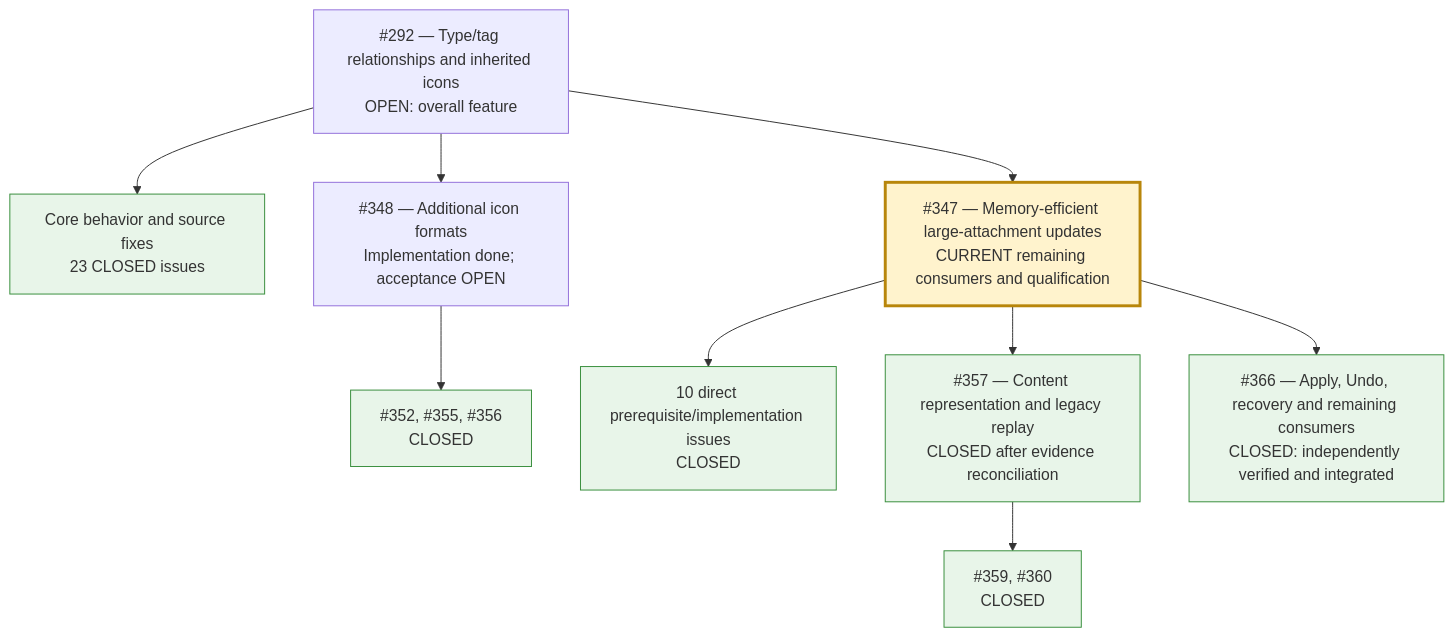
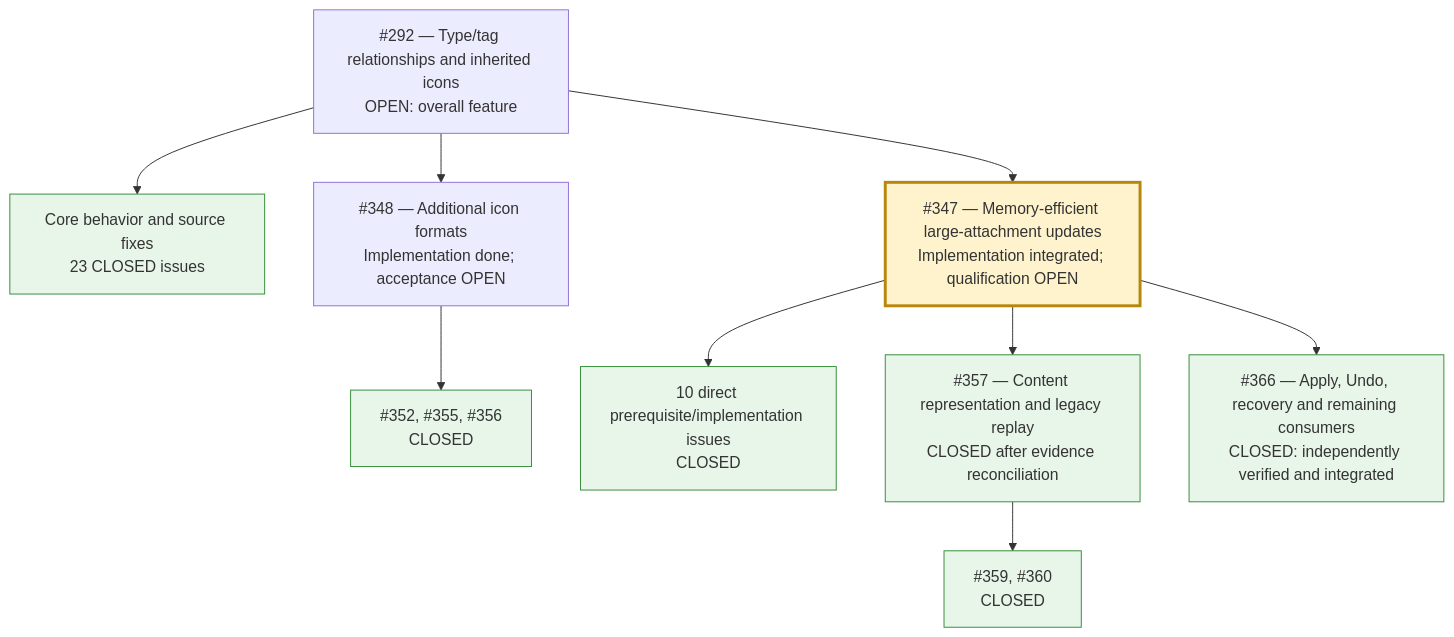
Before and after one commit to FuzzyUn1c0rn/brz2obsidian: the diagram in ISSUE-OVERVIEW.md, drawn with Mermaid. The commit also changed other lines of this file, not shown here.

Commit message:
Update issue overview with current qualification progress

````diff
--- a/ISSUE-OVERVIEW.md
+++ b/ISSUE-OVERVIEW.md
@@ -25,20 +31,20 @@
 ```mermaid
 flowchart TD
     A["#292 — Type/tag relationships and inherited icons<br/>OPEN: overall feature"]
     A --> B["Core behavior and source fixes<br/>23 CLOSED issues"]
     A --> C["#348 — Additional icon formats<br/>Implementation done; acceptance OPEN"]
     C --> D["#352, #355, #356<br/>CLOSED"]
-    A --> E["#347 — Memory-efficient large-attachment updates<br/>CURRENT remaining consumers and qualification"]
+    A --> E["#347 — Memory-efficient large-attachment updates<br/>Implementation integrated; qualification OPEN"]
     E --> F["10 direct prerequisite/implementation issues<br/>CLOSED"]
     E --> G["#357 — Content representation and legacy replay<br/>CLOSED after evidence reconciliation"]
     G --> H["#359, #360<br/>CLOSED"]
     E --> I["#366 — Apply, Undo, recovery and remaining consumers<br/>CLOSED: independently verified and integrated"]
 
     style E fill:#fff3cd,stroke:#b8860b,stroke-width:3px
     style I fill:#e8f5e9,stroke:#388e3c
     style B fill:#e8f5e9,stroke:#388e3c
     style D fill:#e8f5e9,stroke:#388e3c
     style F fill:#e8f5e9,stroke:#388e3c
     style G fill:#e8f5e9,stroke:#388e3c
     style H fill:#e8f5e9,stroke:#388e3c
 ```
````
